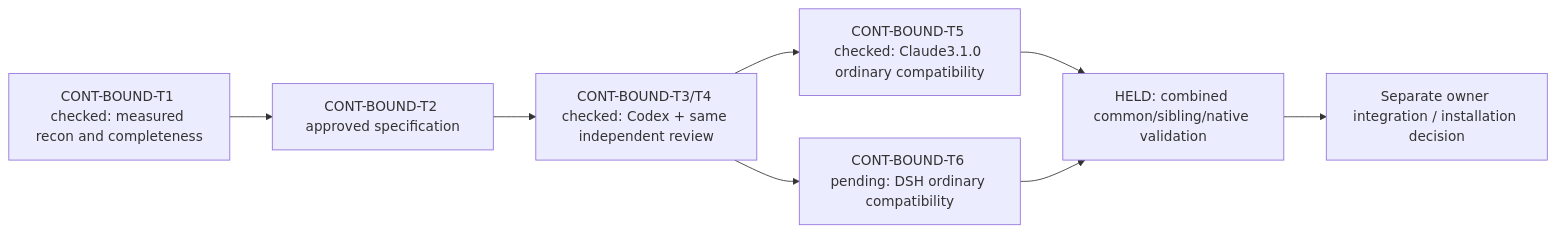
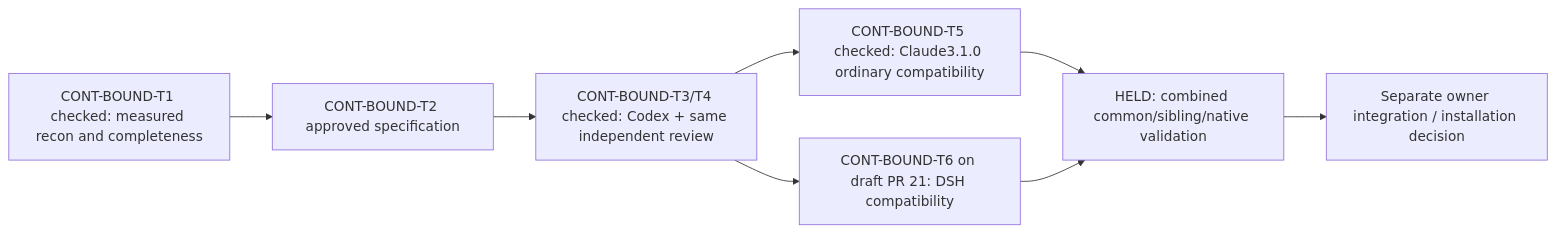
One commit to dm-uy/galaxica-sombrero changed the first of 7 diagrams in examples/pm-project/ROADMAP.md. Above: the diagram before and after it, drawn with Mermaid. The commit also changed other lines of this file and 3 other files, not shown here.

````diff
--- a/examples/pm-project/ROADMAP.md
+++ b/examples/pm-project/ROADMAP.md
@@ -11,9 +11,9 @@
 ```mermaid
 flowchart LR
   CB1["CONT-BOUND-T1 checked: measured recon and completeness"] --> CB2["CONT-BOUND-T2 approved specification"] --> CB3["CONT-BOUND-T3/T4 checked: Codex + same independent review"]
   CB3 --> CB5C["CONT-BOUND-T5 checked: Claude3.1.0 ordinary compatibility"]
-  CB3 --> CB6D["CONT-BOUND-T6 pending: DSH ordinary compatibility"]
+  CB3 --> CB6D["CONT-BOUND-T6 on draft PR 21: DSH compatibility"]
   CB5C --> CB4["HELD: combined common/sibling/native validation"]
   CB6D --> CB4
   CB4 --> CB5["Separate owner integration / installation decision"]
 ```
````
